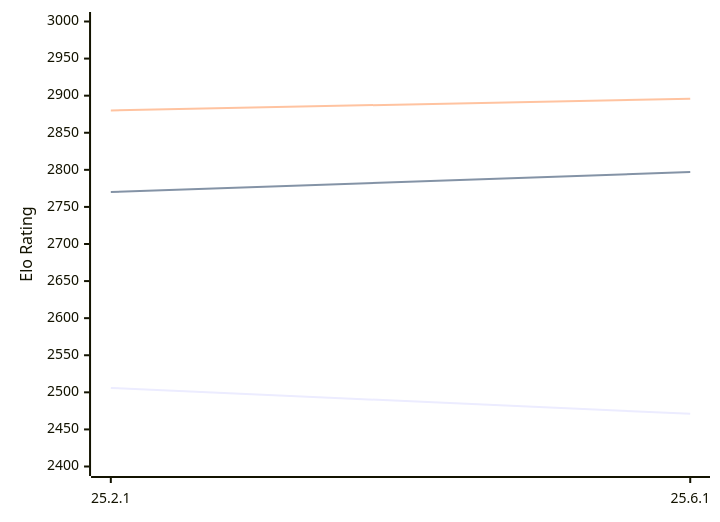
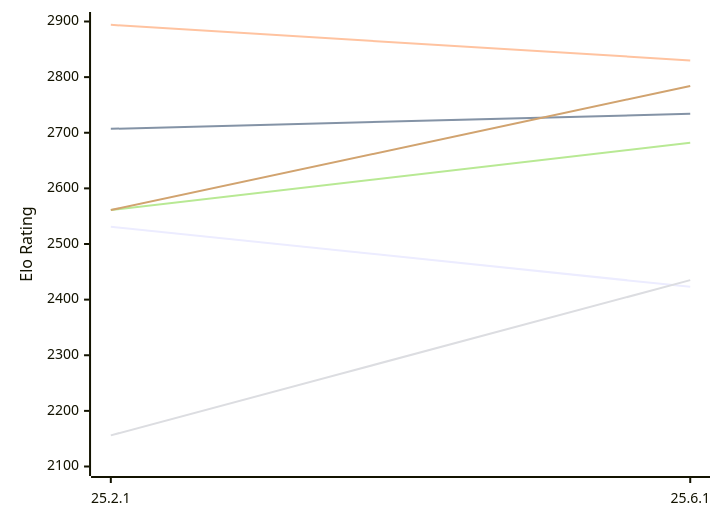
The first of 2 diagrams in engines/Crafty.md (computer-chess-index/cci), drawn with Mermaid before and after one commit. The commit also changed other lines of this file, not shown here.

Commit message:
Update CCI Ratings (ELO VLTC) - 2026-11-13

````diff
--- a/engines/Crafty.md
+++ b/engines/Crafty.md
@@ -49,12 +50,12 @@
 ```mermaid
 %%{init: {"theme":"base","themeVariables":{"seriesColors:['#a3a3a3','#222221','#faa371']}}}%%
 xychart-beta
   x-axis ["25.2.1", "25.6.1"]
-  y-axis "Elo Rating" 2400 --> 3000
-  line "E1: STC (8.0+0.08s)" [2506, 2471]
-  line "E1: LTC (60.0+0.60s)" [2770, 2797]
-  line "E1: VLTC (2m24s+1.12s)" [2880, 2896]
-  line "P1: STC (8.0+0.08s)" [2584]
-  line "P1: LTC (60.0+0.60s)" [2846]
-  line "P1: VLTC (2m24s+1.12s)" [2950]
+  y-axis "Elo Rating" 2100 --> 2900
+  line "E1: STC (8.0+0.08s)" [2531, 2423]
+  line "E1: LTC (60.0+0.60s)" [2707, 2734]
+  line "E1: VLTC (2m24s+1.12s)" [2894, 2830]
+  line "P1: STC (8.0+0.08s)" [2156, 2435]
+  line "P1: LTC (60.0+0.60s)" [2561, 2682]
+  line "P1: VLTC (2m24s+1.12s)" [2561, 2784]
 ```
````
